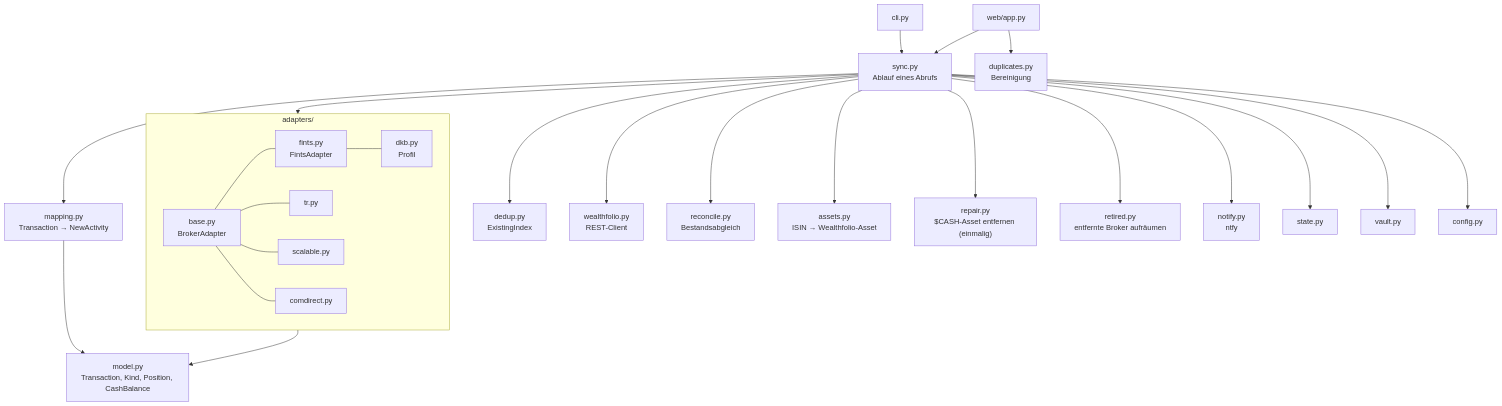
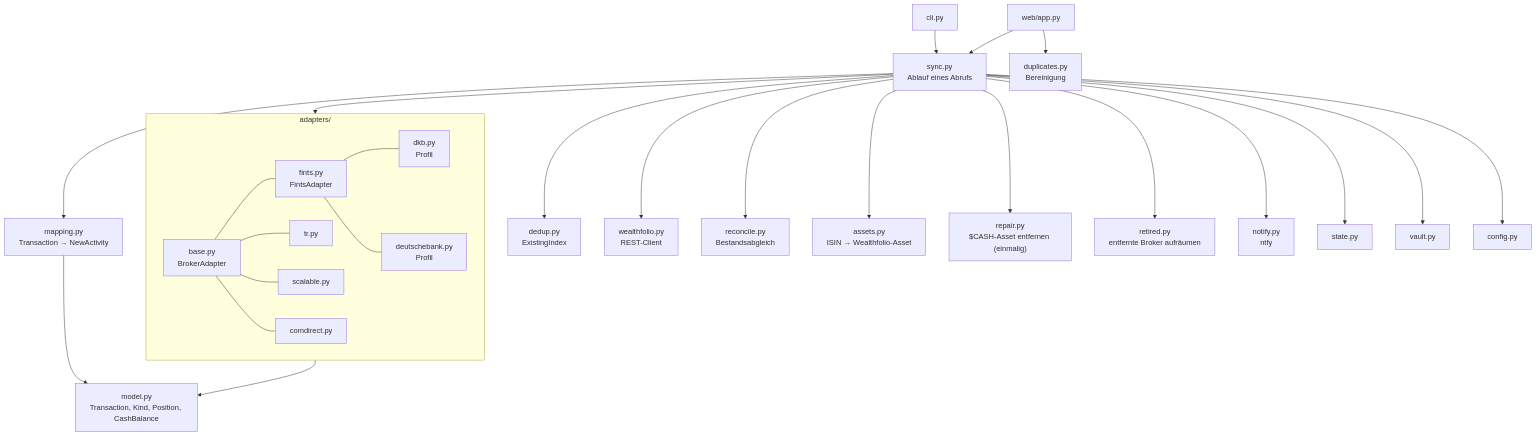
Before and after one commit to waldonso2/Wealthfolio-broker-sync-service: the second of 3 diagrams in ARCHITECTURE.md, drawn with Mermaid. The commit also changed other lines of this file and 10 other files, not shown here.

````diff
--- a/ARCHITECTURE.md
+++ b/ARCHITECTURE.md
@@ -42,22 +43,22 @@
 ```mermaid
 flowchart TB
   cli["cli.py"] --> sync
   web["web/app.py"] --> sync
   sync["sync.py<br/>Ablauf eines Abrufs"] --> adapters
   sync --> mapping["mapping.py<br/>Transaction → NewActivity"]
   sync --> dedup["dedup.py<br/>ExistingIndex"]
   sync --> wf["wealthfolio.py<br/>REST-Client"]
   sync --> reconcile["reconcile.py<br/>Bestandsabgleich"]
   sync --> assets["assets.py<br/>ISIN → Wealthfolio-Asset"]
   sync --> repair["repair.py<br/>$CASH-Asset entfernen (einmalig)"]
   sync --> retired["retired.py<br/>entfernte Broker aufräumen"]
   sync --> notify["notify.py<br/>ntfy"]
   sync --> state["state.py"] & vault["vault.py"] & config["config.py"]
   web --> duplicates["duplicates.py<br/>Bereinigung"]
   subgraph adapters["adapters/"]
     base["base.py<br/>BrokerAdapter"] --- fints["fints.py<br/>FintsAdapter"] & tr["tr.py"] & scalable["scalable.py"] & comdirect["comdirect.py"]
-    fints --- dkb["dkb.py<br/>Profil"]
+    fints --- dkb["dkb.py<br/>Profil"] & deutschebank["deutschebank.py<br/>Profil"]
   end
   adapters --> model["model.py<br/>Transaction, Kind, Position, CashBalance"]
   mapping --> model
 ```
````
